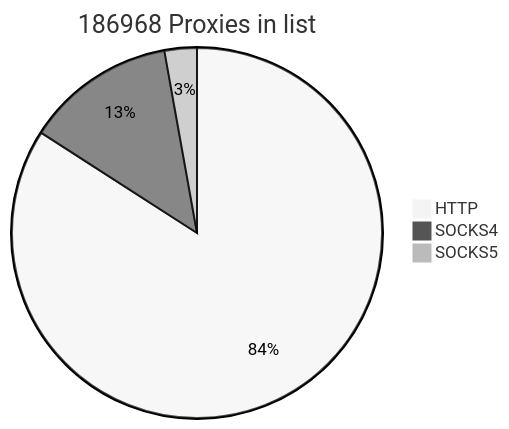
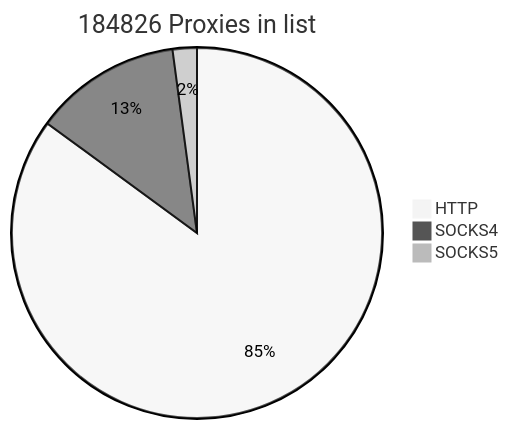
Before and after one commit to cutipu/proxylist: the first of 2 diagrams in README.md, drawn with Mermaid (neutral theme). The commit also changed other lines of this file, not shown here.

````diff
--- a/README.md
+++ b/README.md
@@ -2,7 +2,7 @@
 ```mermaid
-pie title 186968 Proxies in list
-    "HTTP" : 157232
-    "SOCKS4" : 24454
-    "SOCKS5" : 5282
+pie title 184826 Proxies in list
+    "HTTP" : 157208
+    "SOCKS4" : 23706
+    "SOCKS5" : 3912
             
 ```
````
